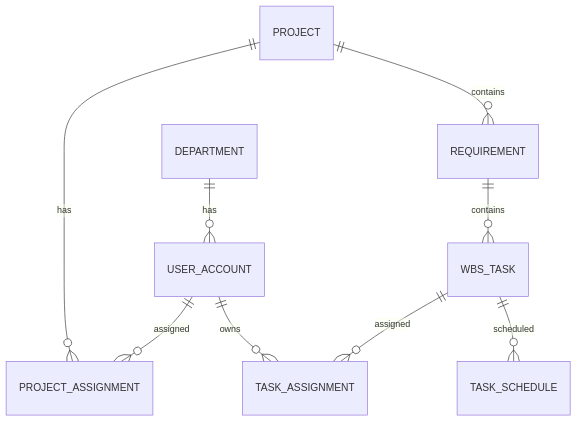
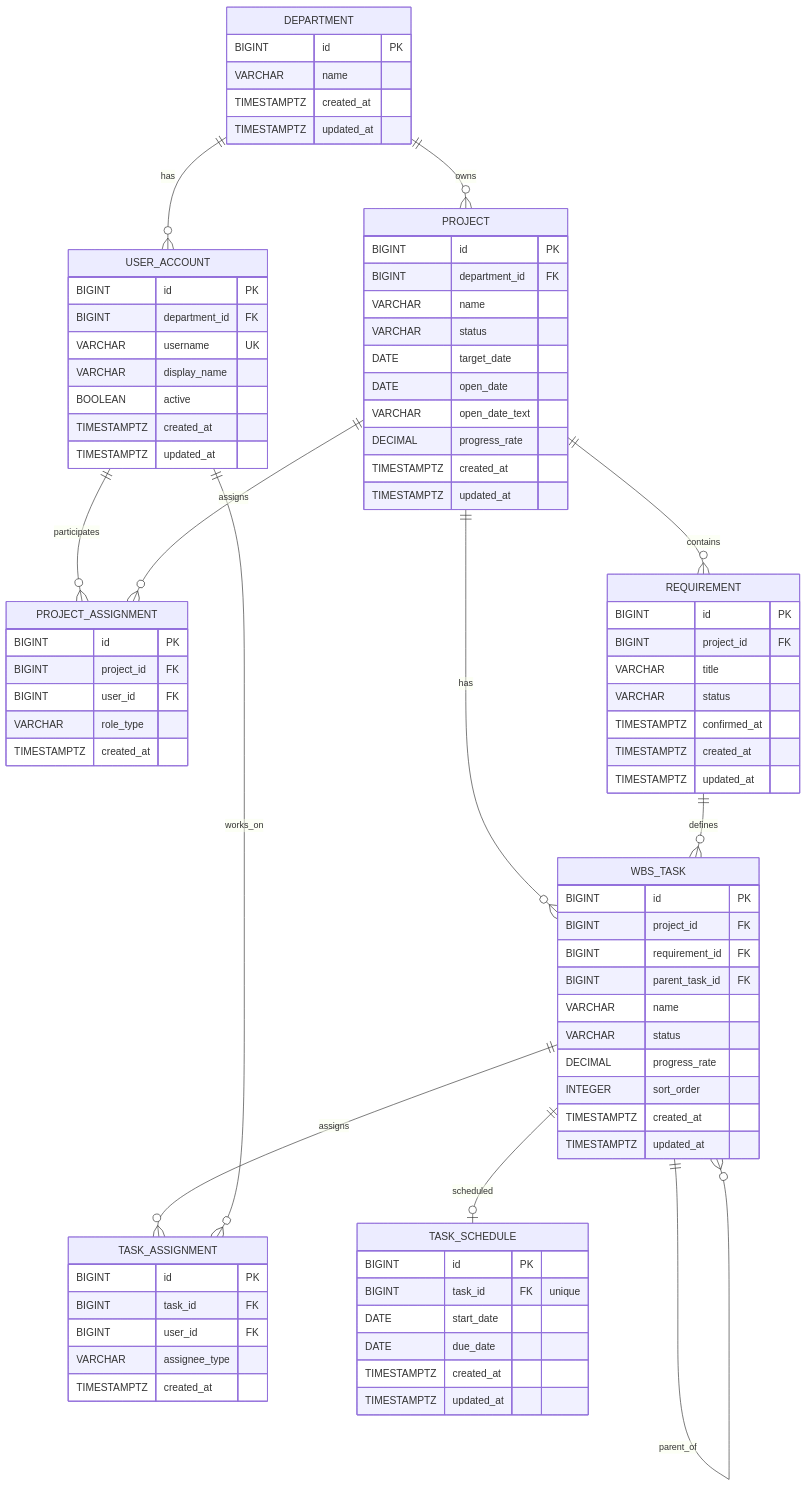
One commit to HyundaiEzwel-AI-Dev-Lab/2400621 changed the seventh of 7 diagrams in README.md. Above: the diagram before and after it, drawn with Mermaid. The commit also changed other lines of this file, not shown here.

````diff
--- a/README.md
+++ b/README.md
@@ -373,11 +386,92 @@
 ```mermaid
 erDiagram
   DEPARTMENT ||--o{ USER_ACCOUNT : has
-  USER_ACCOUNT ||--o{ PROJECT_ASSIGNMENT : assigned
-  PROJECT ||--o{ PROJECT_ASSIGNMENT : has
+  DEPARTMENT ||--o{ PROJECT : owns
+  USER_ACCOUNT ||--o{ PROJECT_ASSIGNMENT : participates
+  PROJECT ||--o{ PROJECT_ASSIGNMENT : assigns
   PROJECT ||--o{ REQUIREMENT : contains
-  REQUIREMENT ||--o{ WBS_TASK : contains
-  WBS_TASK ||--o{ TASK_ASSIGNMENT : assigned
-  USER_ACCOUNT ||--o{ TASK_ASSIGNMENT : owns
-  WBS_TASK ||--o{ TASK_SCHEDULE : scheduled
+  PROJECT ||--o{ WBS_TASK : has
+  REQUIREMENT ||--o{ WBS_TASK : defines
+  WBS_TASK ||--o{ WBS_TASK : parent_of
+  WBS_TASK ||--o{ TASK_ASSIGNMENT : assigns
+  USER_ACCOUNT ||--o{ TASK_ASSIGNMENT : works_on
+  WBS_TASK ||--o| TASK_SCHEDULE : scheduled
+
+  DEPARTMENT {
+    BIGINT id PK
+    VARCHAR name
+    TIMESTAMPTZ created_at
+    TIMESTAMPTZ updated_at
+  }
+
+  USER_ACCOUNT {
+    BIGINT id PK
+    BIGINT department_id FK
+    VARCHAR username UK
+    VARCHAR display_name
+    BOOLEAN active
+    TIMESTAMPTZ created_at
+    TIMESTAMPTZ updated_at
+  }
+
+  PROJECT {
+    BIGINT id PK
+    BIGINT department_id FK
+    VARCHAR name
+    VARCHAR status
+    DATE target_date
+    DATE open_date
+    VARCHAR open_date_text
+    DECIMAL progress_rate
+    TIMESTAMPTZ created_at
+    TIMESTAMPTZ updated_at
+  }
+
+  PROJECT_ASSIGNMENT {
+    BIGINT id PK
+    BIGINT project_id FK
+    BIGINT user_id FK
+    VARCHAR role_type
+    TIMESTAMPTZ created_at
+  }
+
+  REQUIREMENT {
+    BIGINT id PK
+    BIGINT project_id FK
+    VARCHAR title
+    VARCHAR status
+    TIMESTAMPTZ confirmed_at
+    TIMESTAMPTZ created_at
+    TIMESTAMPTZ updated_at
+  }
+
+  WBS_TASK {
+    BIGINT id PK
+    BIGINT project_id FK
+    BIGINT requirement_id FK
+    BIGINT parent_task_id FK
+    VARCHAR name
+    VARCHAR status
+    DECIMAL progress_rate
+    INTEGER sort_order
+    TIMESTAMPTZ created_at
+    TIMESTAMPTZ updated_at
+  }
+
+  TASK_ASSIGNMENT {
+    BIGINT id PK
+    BIGINT task_id FK
+    BIGINT user_id FK
+    VARCHAR assignee_type
+    TIMESTAMPTZ created_at
+  }
+
+  TASK_SCHEDULE {
+    BIGINT id PK
+    BIGINT task_id FK "unique"
+    DATE start_date
+    DATE due_date
+    TIMESTAMPTZ created_at
+    TIMESTAMPTZ updated_at
+  }
 ```
````
